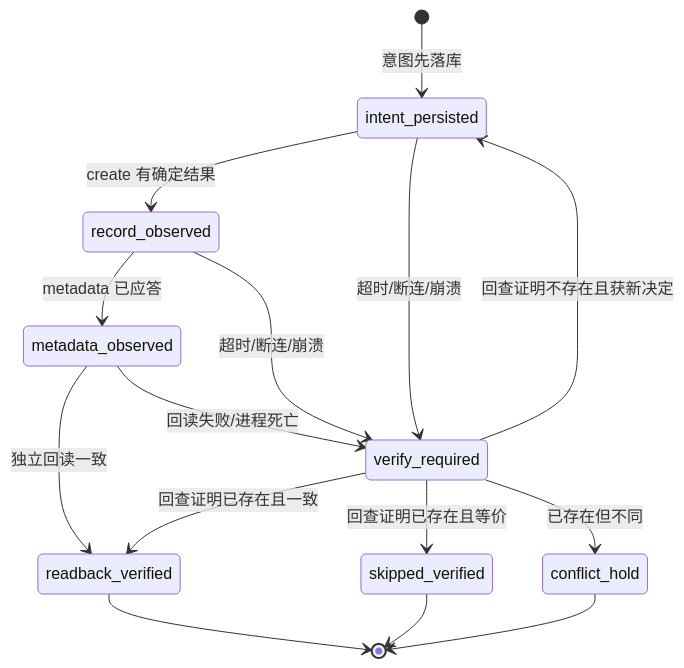
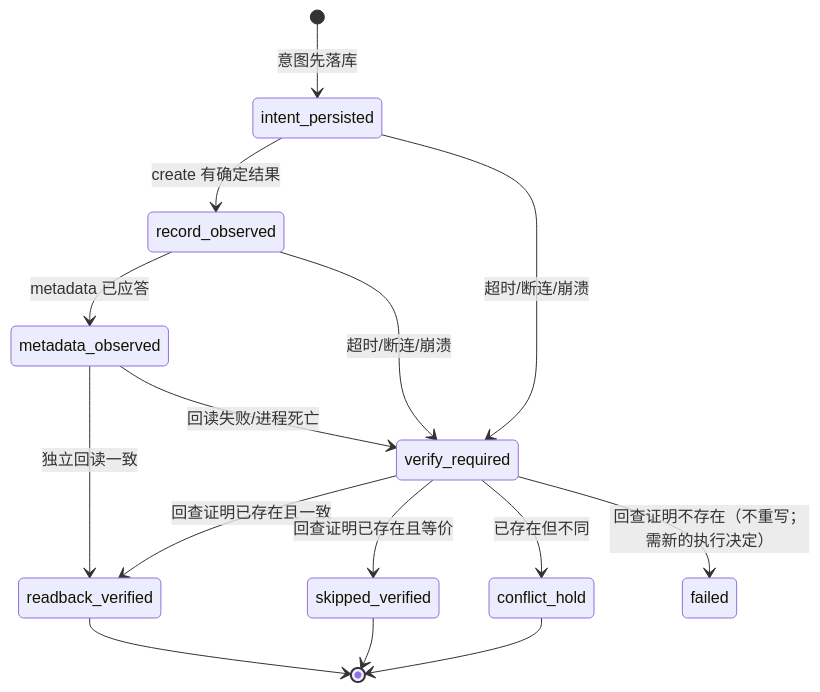
Before and after one commit to Skyline-Gazer/Forma: the diagram in docs/R1-READINESS.md, drawn with Mermaid. The commit also changed other lines of this file and 2 other files, not shown here.

````diff
--- a/docs/R1-READINESS.md
+++ b/docs/R1-READINESS.md
@@ -138,17 +138,17 @@
 ```mermaid
 stateDiagram-v2
     [*] --> intent_persisted: 意图先落库
     intent_persisted --> record_observed: create 有确定结果
     intent_persisted --> verify_required: 超时/断连/崩溃
     record_observed --> metadata_observed: metadata 已应答
     record_observed --> verify_required: 超时/断连/崩溃
     metadata_observed --> readback_verified: 独立回读一致
     metadata_observed --> verify_required: 回读失败/进程死亡
     verify_required --> readback_verified: 回查证明已存在且一致
     verify_required --> skipped_verified: 回查证明已存在且等价
     verify_required --> conflict_hold: 已存在但不同
-    verify_required --> intent_persisted: 回查证明不存在且获新决定
+    verify_required --> failed: 回查证明不存在（不重写；需新的执行决定）
     readback_verified --> [*]
     skipped_verified --> [*]
     conflict_hold --> [*]
 ```
````
